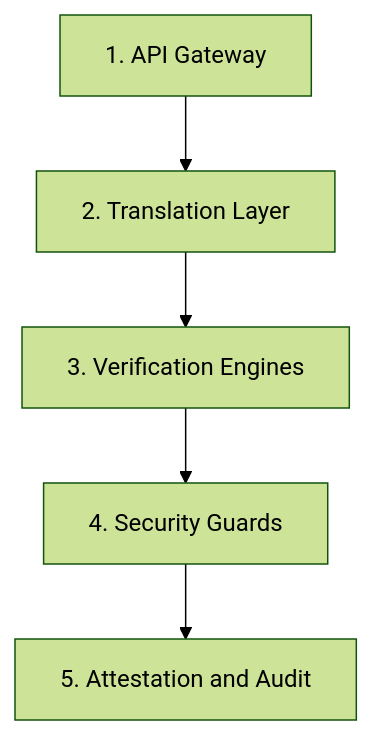
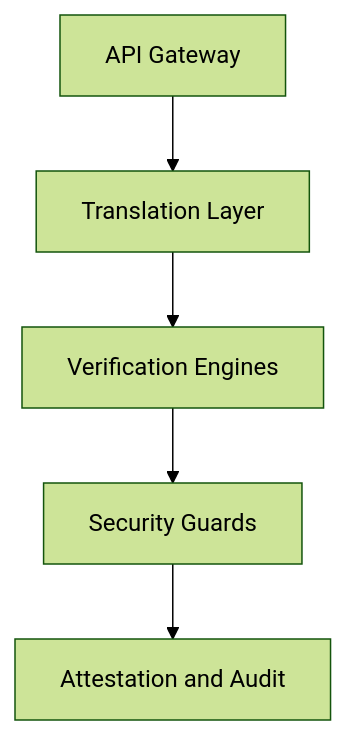
Before and after one commit to QWED-AI/docs: the second of 3 diagrams in architecture.mdx, drawn with Mermaid (forest theme).

Commit message:
Fix Mermaid list parsing in layered architecture diagram

````diff
--- a/architecture.mdx
+++ b/architecture.mdx
@@ -29,7 +29,7 @@
 ```mermaid
 flowchart TB
-    A[1. API Gateway] --> B[2. Translation Layer]
-    B --> C[3. Verification Engines]
-    C --> D[4. Security Guards]
-    D --> E[5. Attestation and Audit]
+    A[API Gateway] --> B[Translation Layer]
+    B --> C[Verification Engines]
+    C --> D[Security Guards]
+    D --> E[Attestation and Audit]
 ```
````
